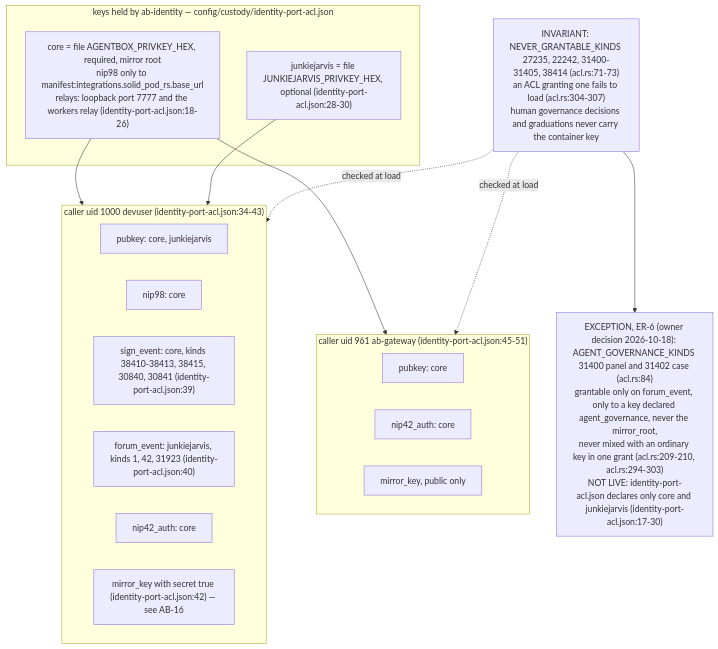
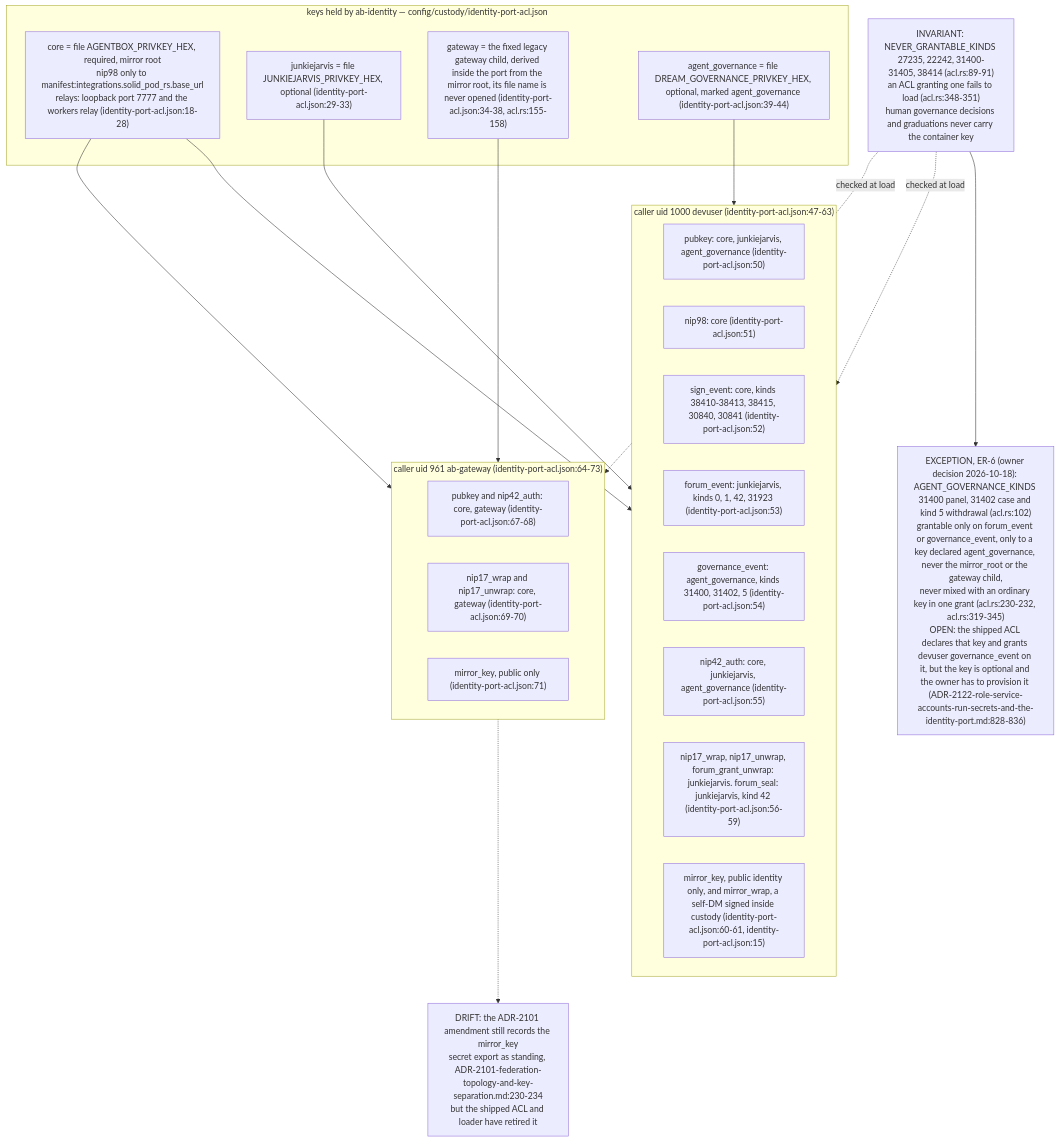
One commit to DreamLab-AI/VisionFlow changed the fifth of 7 diagrams in docs/diagrams/agentbox/36-role-isolation-and-identity-port.md. Above: the diagram before and after it, drawn with Mermaid. The commit also changed other lines of this file and 36 other files, not shown here.

First line of the commit message:
docs(diagrams): re-derive and re-stamp agentbox, dream-engine, visioncraft, visiontouch and vowl topics; drop LAN addresses

````diff
--- a/docs/diagrams/agentbox/36-role-isolation-and-identity-port.md
+++ b/docs/diagrams/agentbox/36-role-isolation-and-identity-port.md
@@ -184,28 +189,35 @@
 ```mermaid
 flowchart TB
     subgraph KEYS["keys held by ab-identity — config/custody/identity-port-acl.json"]
-        CORE["core = file AGENTBOX_PRIVKEY_HEX, required, mirror root<br/>nip98 only to manifest:integrations.solid_pod_rs.base_url<br/>relays: loopback port 7777 and the workers relay (identity-port-acl.json:18-26)"]
-        JJ["junkiejarvis = file JUNKIEJARVIS_PRIVKEY_HEX, optional (identity-port-acl.json:28-30)"]
+        CORE["core = file AGENTBOX_PRIVKEY_HEX, required, mirror root<br/>nip98 only to manifest:integrations.solid_pod_rs.base_url<br/>relays: loopback port 7777 and the workers relay (identity-port-acl.json:18-28)"]
+        JJ["junkiejarvis = file JUNKIEJARVIS_PRIVKEY_HEX, optional (identity-port-acl.json:29-33)"]
+        GK["gateway = the fixed legacy gateway child, derived inside the port from the mirror root, its file name is never opened (identity-port-acl.json:34-38, acl.rs:155-158)"]
+        AG["agent_governance = file DREAM_GOVERNANCE_PRIVKEY_HEX, optional, marked agent_governance (identity-port-acl.json:39-44)"]
     end
-    subgraph DEV["caller uid 1000 devuser (identity-port-acl.json:34-43)"]
-        D1["pubkey: core, junkiejarvis"]
-        D2["nip98: core"]
-        D3["sign_event: core, kinds 38410-38413, 38415, 30840, 30841 (identity-port-acl.json:39)"]
-        D4["forum_event: junkiejarvis, kinds 1, 42, 31923 (identity-port-acl.json:40)"]
-        D5["nip42_auth: core"]
-        D6["mirror_key with secret true (identity-port-acl.json:42) — see AB-16"]
+    subgraph DEV["caller uid 1000 devuser (identity-port-acl.json:47-63)"]
+        D1["pubkey: core, junkiejarvis, agent_governance (identity-port-acl.json:50)"]
+        D2["nip98: core (identity-port-acl.json:51)"]
+        D3["sign_event: core, kinds 38410-38413, 38415, 30840, 30841 (identity-port-acl.json:52)"]
+        D4["forum_event: junkiejarvis, kinds 0, 1, 42, 31923 (identity-port-acl.json:53)"]
+        D5["governance_event: agent_governance, kinds 31400, 31402, 5 (identity-port-acl.json:54)"]
+        D6["nip42_auth: core, junkiejarvis, agent_governance (identity-port-acl.json:55)"]
+        D7["nip17_wrap, nip17_unwrap, forum_grant_unwrap: junkiejarvis. forum_seal: junkiejarvis, kind 42 (identity-port-acl.json:56-59)"]
+        D8["mirror_key, public identity only, and mirror_wrap, a self-DM signed inside custody (identity-port-acl.json:60-61, identity-port-acl.json:15)"]
     end
-    subgraph GWC["caller uid 961 ab-gateway (identity-port-acl.json:45-51)"]
-        G1["pubkey: core"]
-        G2["nip42_auth: core"]
-        G3["mirror_key, public only"]
+    subgraph GWC["caller uid 961 ab-gateway (identity-port-acl.json:64-73)"]
+        G1["pubkey and nip42_auth: core, gateway (identity-port-acl.json:67-68)"]
+        G2["nip17_wrap and nip17_unwrap: core, gateway (identity-port-acl.json:69-70)"]
+        G3["mirror_key, public only (identity-port-acl.json:71)"]
     end
-    NEVER["INVARIANT: NEVER_GRANTABLE_KINDS 27235, 22242, 31400-31405, 38414 (acl.rs:71-73)<br/>an ACL granting one fails to load (acl.rs:304-307)<br/>human governance decisions and graduations never carry the container key"]
-    AGENTK["EXCEPTION, ER-6 (owner decision 2026-10-18): AGENT_GOVERNANCE_KINDS 31400 panel and 31402 case (acl.rs:84)<br/>grantable only on forum_event, only to a key declared agent_governance, never the mirror_root,<br/>never mixed with an ordinary key in one grant (acl.rs:209-210, acl.rs:294-303)<br/>NOT LIVE: identity-port-acl.json declares only core and junkiejarvis (identity-port-acl.json:17-30)"]
+    NEVER["INVARIANT: NEVER_GRANTABLE_KINDS 27235, 22242, 31400-31405, 38414 (acl.rs:89-91)<br/>an ACL granting one fails to load (acl.rs:348-351)<br/>human governance decisions and graduations never carry the container key"]
+    AGENTK["EXCEPTION, ER-6 (owner decision 2026-10-18): AGENT_GOVERNANCE_KINDS 31400 panel, 31402 case and kind 5 withdrawal (acl.rs:102)<br/>grantable only on forum_event or governance_event, only to a key declared agent_governance, never the mirror_root or the gateway child,<br/>never mixed with an ordinary key in one grant (acl.rs:230-232, acl.rs:319-345)<br/>OPEN: the shipped ACL declares that key and grants devuser governance_event on it, but the key is optional and the owner has to provision it (ADR-2122-role-service-accounts-run-secrets-and-the-identity-port.md:828-836)"]
     NEVER --> AGENTK
     CORE --> DEV
     JJ --> DEV
+    AG --> DEV
     CORE --> GWC
+    GK --> GWC
     NEVER -.->|"checked at load"| DEV
     NEVER -.->|"checked at load"| GWC
+    GWC -.-> DR2101["DRIFT: the ADR-2101 amendment still records the mirror_key<br/>secret export as standing, ADR-2101-federation-topology-and-key-separation.md:230-234<br/>but the shipped ACL and loader have retired it"]
 ```
````
